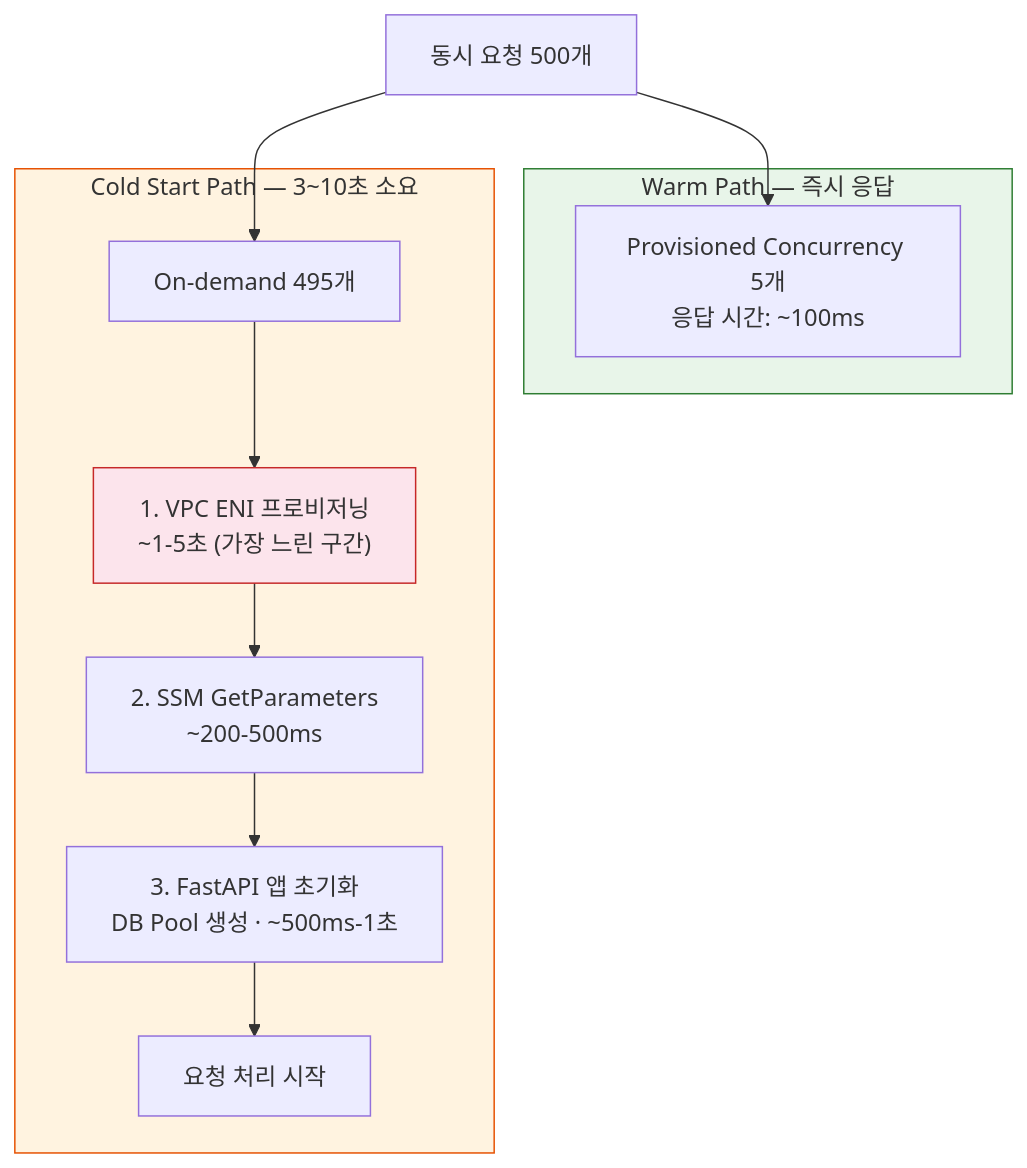
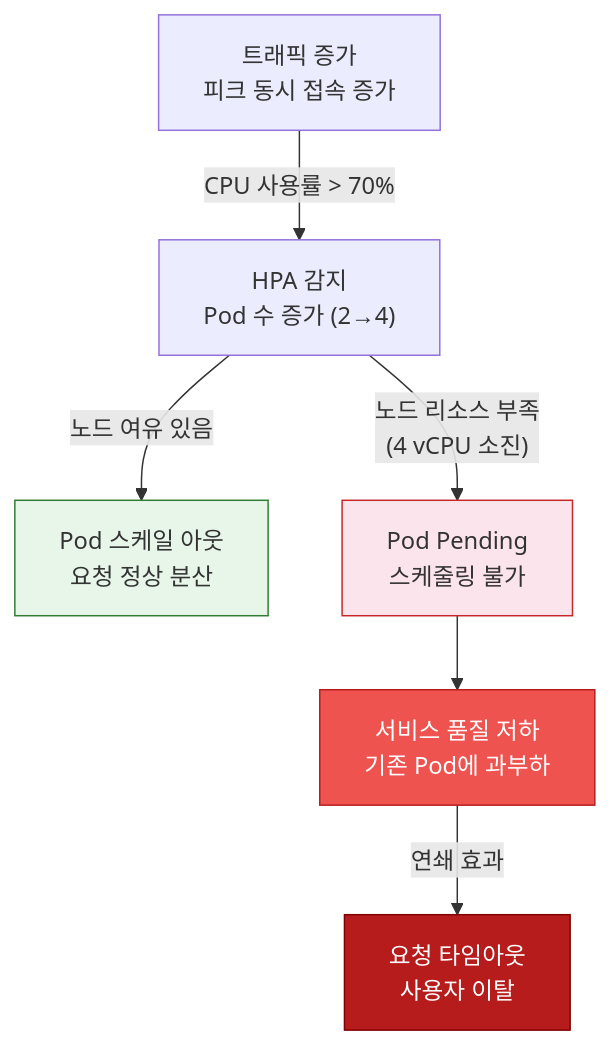
One commit to revenantonthemission/2-cho-community-infra changed the sixth of 18 diagrams in report.md. Above: the diagram before and after it, drawn with Mermaid. The commit also changed other lines of this file and 4 other files, not shown here.

````diff
--- a/report.md
+++ b/report.md
@@ -508,24 +374,15 @@
 ```mermaid
 flowchart TD
-    Request["동시 요청 500개"]
+    Traffic["트래픽 증가<br/>피크 동시 접속 증가"]
 
-    subgraph Warm["Warm Path — 즉시 응답"]
-        PC["Provisioned Concurrency 5개<br/>응답 시간: ~100ms"]
-    end
+    Traffic -->|"CPU 사용률 > 70%"| HPA["HPA 감지<br/>Pod 수 증가 (2→4)"]
+    HPA -->|"노드 여유 있음"| Scale["Pod 스케일 아웃<br/>요청 정상 분산"]
+    HPA -->|"노드 리소스 부족<br/>(4 vCPU 소진)"| Pending["Pod Pending<br/>스케줄링 불가"]
+    Pending --> Degraded["서비스 품질 저하<br/>기존 Pod에 과부하"]
+    Degraded -->|"연쇄 효과"| Timeout["요청 타임아웃<br/>사용자 이탈"]
 
-    subgraph Cold["Cold Start Path — 3~10초 소요"]
-        OD["On-demand 495개"]
-        ENI["1. VPC ENI 프로비저닝<br/>~1-5초 (가장 느린 구간)"]
-        SSM_Init["2. SSM GetParameters<br/>~200-500ms"]
-        App_Init["3. FastAPI 앱 초기화<br/>DB Pool 생성 · ~500ms-1초"]
-        Ready["요청 처리 시작"]
-    end
-
-    Request --> PC
-    Request --> OD
-    OD --> ENI --> SSM_Init --> App_Init --> Ready
-
-    style Warm fill:#e8f5e9,stroke:#2e7d32
-    style Cold fill:#fff3e0,stroke:#e65100
-    style ENI fill:#fce4ec,stroke:#c62828
+    style Scale fill:#e8f5e9,stroke:#2e7d32
+    style Pending fill:#fce4ec,stroke:#c62828
+    style Degraded fill:#ef5350,color:#fff,stroke:#b71c1c
+    style Timeout fill:#b71c1c,color:#fff,stroke:#7f0000
 ```
````
